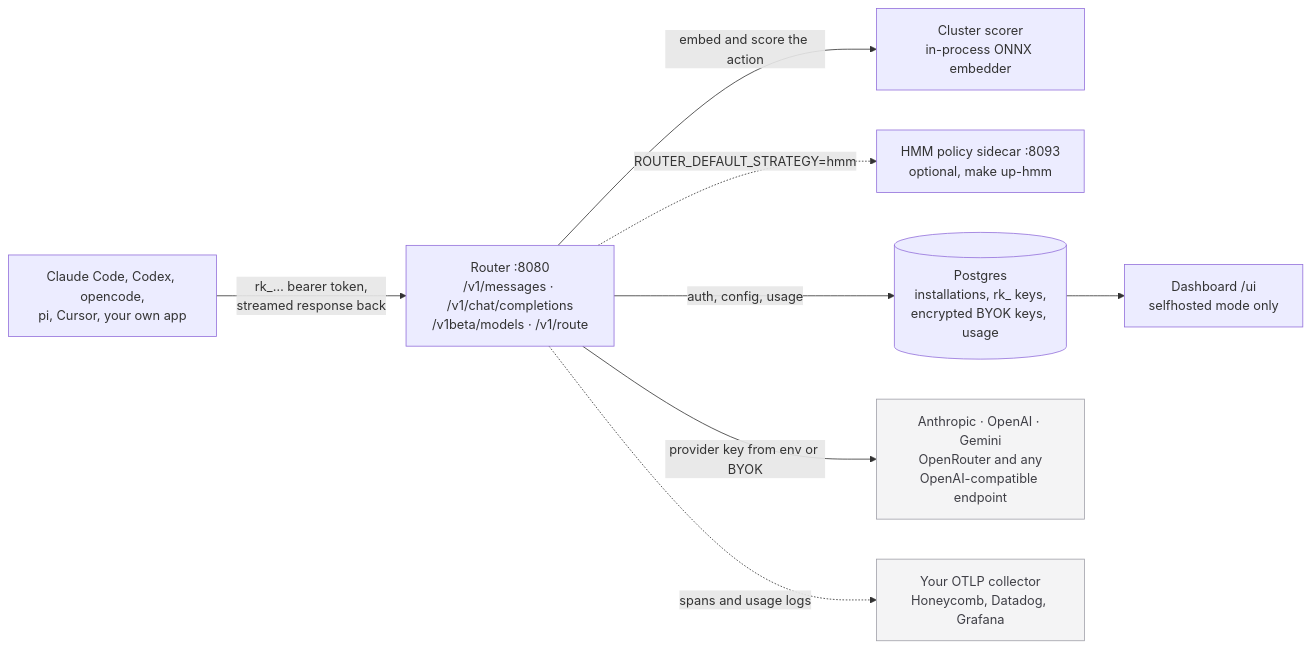
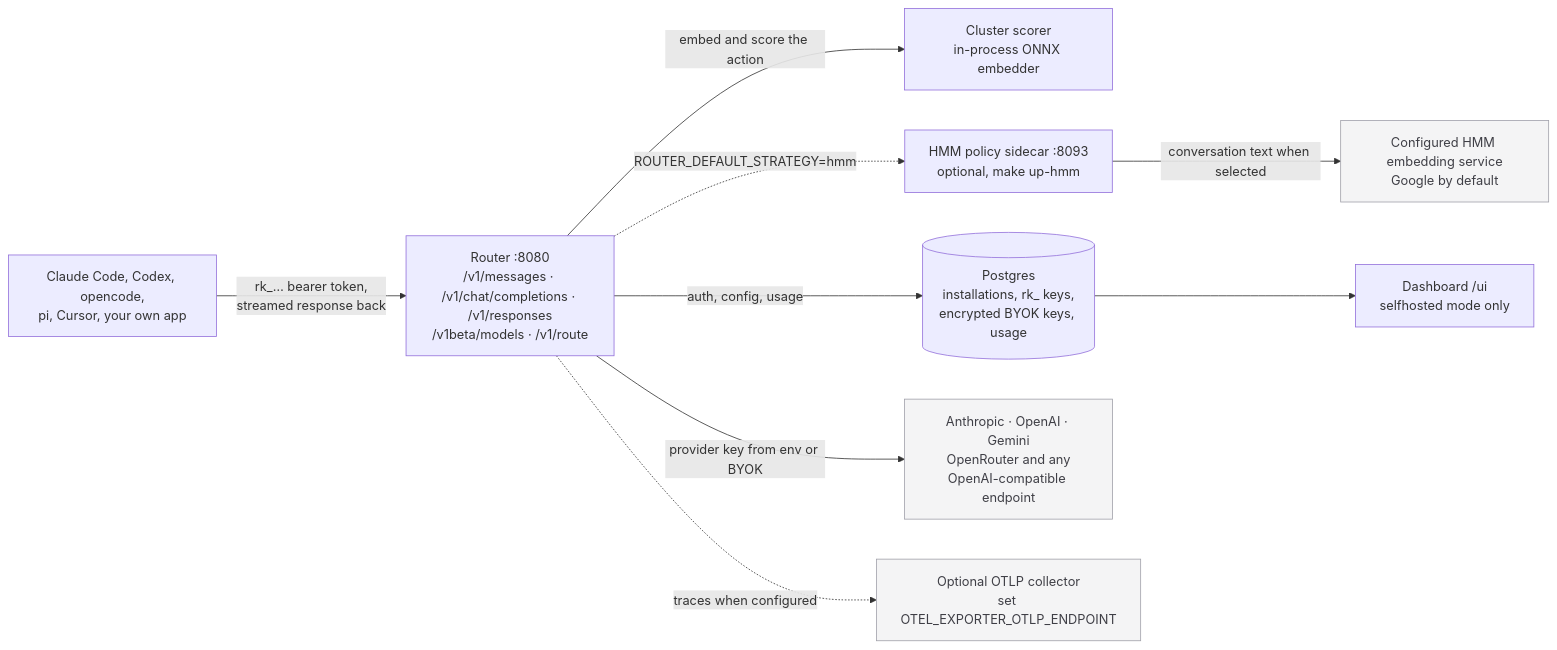
Before and after one commit to SammyTourani/router: the diagram in README.md, drawn with Mermaid. The commit also changed other lines of this file and 1 other file, not shown here.

Commit message:
docs: document Router API and routing behavior

````diff
--- a/README.md
+++ b/README.md
@@ -133,22 +141,24 @@
 ```mermaid
 flowchart LR
     client["Claude Code, Codex, opencode,<br/>pi, Cursor, your own app"]
-    router["Router :8080<br/>/v1/messages · /v1/chat/completions<br/>/v1beta/models · /v1/route"]
+    router["Router :8080<br/>/v1/messages · /v1/chat/completions · /v1/responses<br/>/v1beta/models · /v1/route"]
     scorer["Cluster scorer<br/>in-process ONNX embedder"]
     hmm["HMM policy sidecar :8093<br/>optional, make up-hmm"]
     pg[("Postgres<br/>installations, rk_ keys,<br/>encrypted BYOK keys, usage")]
     ui["Dashboard /ui<br/>selfhosted mode only"]
     providers["Anthropic · OpenAI · Gemini<br/>OpenRouter and any<br/>OpenAI-compatible endpoint"]
-    otel["Your OTLP collector<br/>Honeycomb, Datadog, Grafana"]
+    otel["Optional OTLP collector<br/>set OTEL_EXPORTER_OTLP_ENDPOINT"]
+    embedding["Configured HMM embedding service<br/>Google by default"]
 
     client -->|"rk_… bearer token,<br/>streamed response back"| router
     router -->|"embed and score the action"| scorer
     router -.->|"ROUTER_DEFAULT_STRATEGY=hmm"| hmm
     router -->|"auth, config, usage"| pg
     pg --> ui
     router -->|"provider key from env or BYOK"| providers
-    router -.->|"spans and usage logs"| otel
+    router -.->|"traces when configured"| otel
+    hmm -->|"conversation text when selected"| embedding
 
     classDef external fill:#f4f4f5,stroke:#a1a1aa,color:#3f3f46
-    class providers,otel external
+    class providers,otel,embedding external
 ```
````
